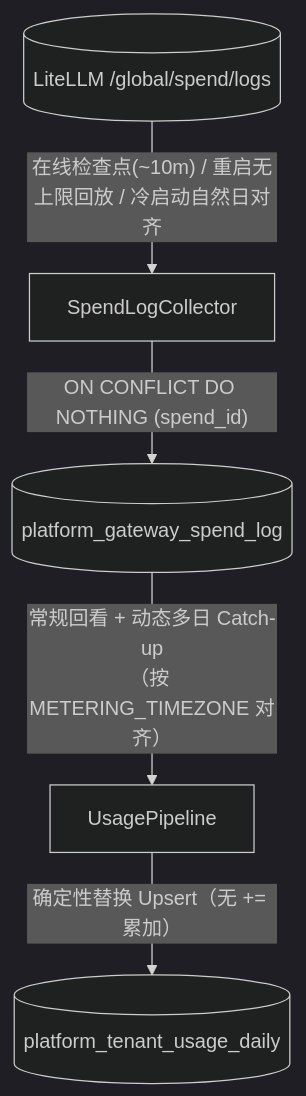
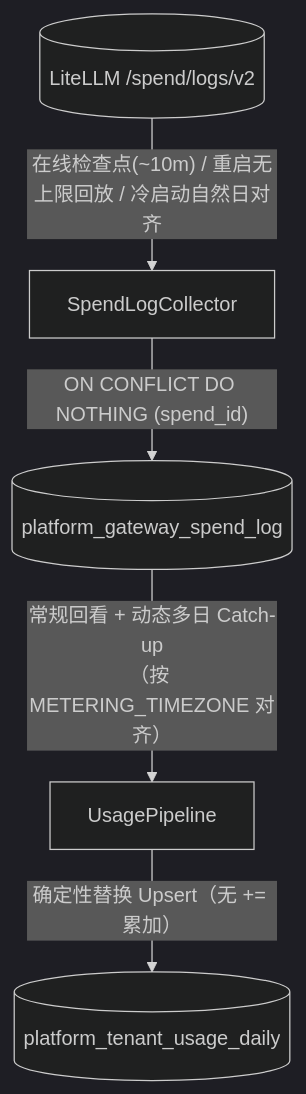
Before and after one commit to Sanderhoff-alt/oh-my-ragflow: the third of 3 diagrams in extensions/model-platform/implementation-plan.zh-CN.md, drawn with Mermaid (dark theme). The commit also changed other lines of this file and 15 other files, not shown here.

````diff
--- a/extensions/model-platform/implementation-plan.zh-CN.md
+++ b/extensions/model-platform/implementation-plan.zh-CN.md
@@ -363,7 +363,7 @@
 ```mermaid
 flowchart TD
-    LiteLLM[("LiteLLM /global/spend/logs")] -->|"在线检查点(~10m) / 重启无上限回放 / 冷启动自然日对齐"| Collector["SpendLogCollector"]
+    LiteLLM[("LiteLLM /spend/logs/v2")] -->|"在线检查点(~10m) / 重启无上限回放 / 冷启动自然日对齐"| Collector["SpendLogCollector"]
     Collector -->|"ON CONFLICT DO NOTHING (spend_id)"| Staging[("platform_gateway_spend_log")]
     Staging -->|"常规回看 + 动态多日 Catch-up<br/>（按 METERING_TIMEZONE 对齐）"| Pipeline["UsagePipeline"]
     Pipeline -->|"确定性替换 Upsert（无 += 累加）"| Daily[("platform_tenant_usage_daily")]
 ```
````
